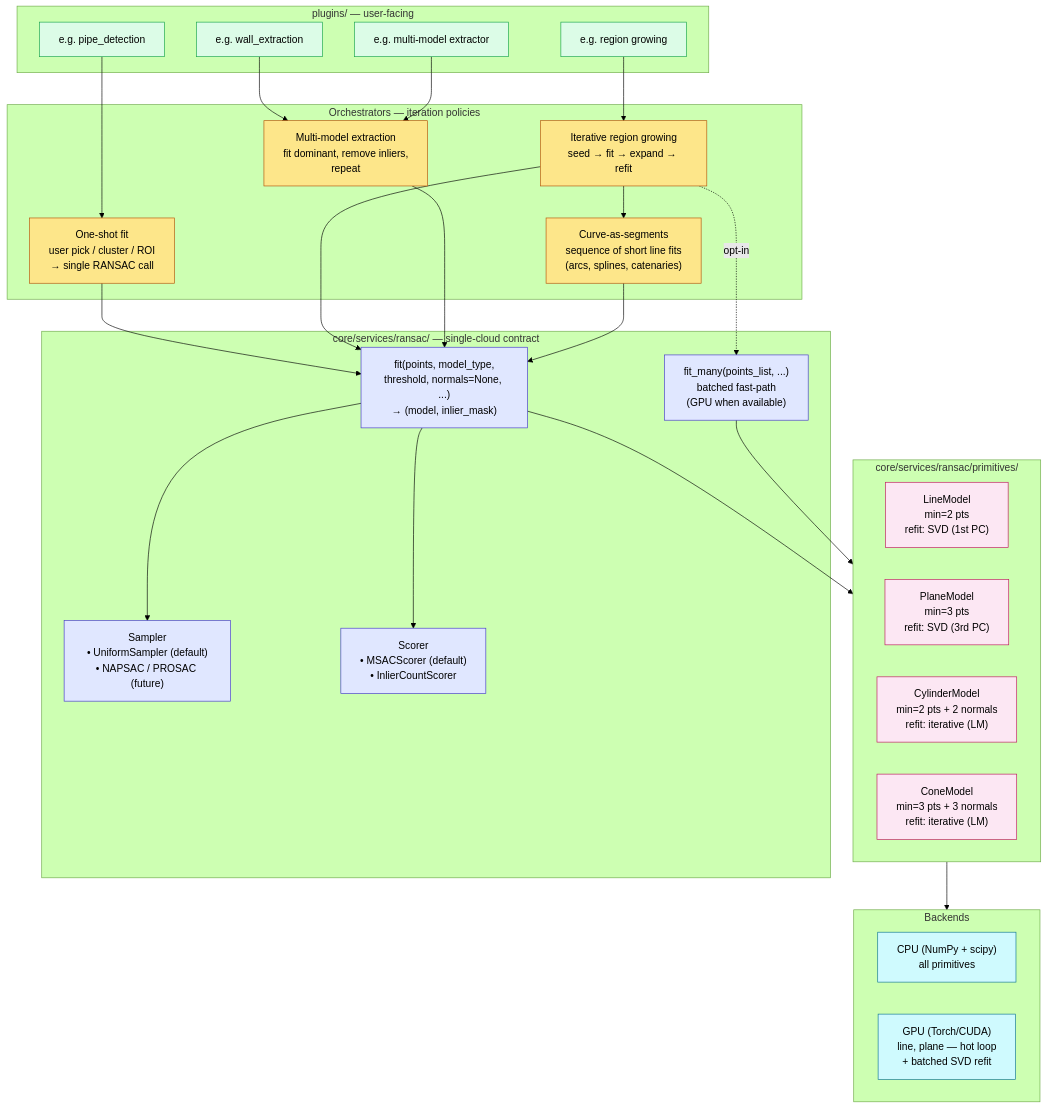
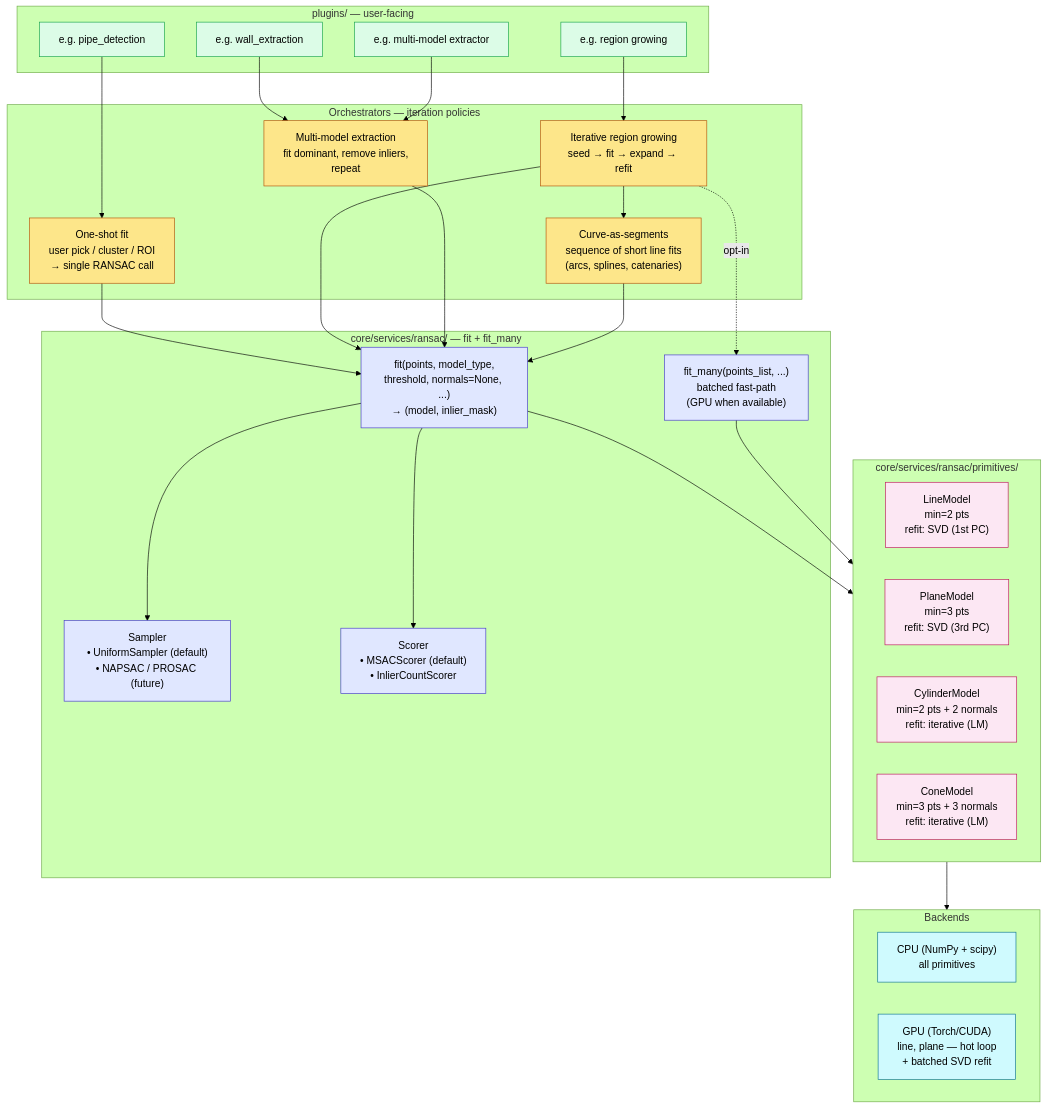
One commit to Sepehr-Sobhani-AU/SPCToolkit changed the diagram in core/services/RANSAC.md. Above: the diagram before and after it, drawn with Mermaid (forest theme). The commit also changed other lines of this file, not shown here.

First line of the commit message:
Polish RANSAC.md: add Example, Failure semantics, primitive how-to

````diff
--- a/core/services/RANSAC.md
+++ b/core/services/RANSAC.md
@@ -11,65 +11,65 @@
 ```mermaid
 graph TB
     subgraph Plugins["plugins/ — user-facing"]
         P1["e.g. pipe_detection"]
         P2["e.g. wall_extraction"]
         P3["e.g. region growing"]
         P4["e.g. multi-model extractor"]
     end
 
     subgraph Orch["Orchestrators — iteration policies"]
         ONESHOT["One-shot fit<br/>user pick / cluster / ROI<br/>→ single RANSAC call"]
         GROW["Iterative region growing<br/>seed → fit → expand → refit"]
         MULTI["Multi-model extraction<br/>fit dominant, remove inliers,<br/>repeat"]
         CURVE["Curve-as-segments<br/>sequence of short line fits<br/>(arcs, splines, catenaries)"]
     end
 
-    subgraph Engine["core/services/ransac/ — single-cloud contract"]
+    subgraph Engine["core/services/ransac/ — fit + fit_many"]
         FIT["fit(points, model_type,<br/>threshold, normals=None, ...)<br/>→ (model, inlier_mask)"]
         FITMANY["fit_many(points_list, ...)<br/>batched fast-path<br/>(GPU when available)"]
         SAMPLER["Sampler<br/>• UniformSampler (default)<br/>• NAPSAC / PROSAC (future)"]
         SCORER["Scorer<br/>• MSACScorer (default)<br/>• InlierCountScorer"]
     end
 
     subgraph Primitives["core/services/ransac/primitives/"]
         LINE["LineModel<br/>min=2 pts<br/>refit: SVD (1st PC)"]
         PLANE["PlaneModel<br/>min=3 pts<br/>refit: SVD (3rd PC)"]
         CYL["CylinderModel<br/>min=2 pts + 2 normals<br/>refit: iterative (LM)"]
         CONE["ConeModel<br/>min=3 pts + 3 normals<br/>refit: iterative (LM)"]
     end
 
     subgraph Backends["Backends"]
         CPU["CPU (NumPy + scipy)<br/>all primitives"]
         GPU["GPU (Torch/CUDA)<br/>line, plane — hot loop<br/>+ batched SVD refit"]
     end
 
     P1 --> ONESHOT
     P2 --> MULTI
     P3 --> GROW
     P4 --> MULTI
     GROW --> CURVE
 
     ONESHOT --> FIT
     GROW --> FIT
     MULTI --> FIT
     CURVE --> FIT
     GROW -.opt-in.-> FITMANY
 
     FIT --> SAMPLER
     FIT --> SCORER
     FIT --> Primitives
     FITMANY --> Primitives
     Primitives --> Backends
 
     classDef plugin fill:#dcfce7,stroke:#16a34a,color:#000
     classDef orch fill:#fde68a,stroke:#b45309,color:#000
     classDef engine fill:#e0e7ff,stroke:#4338ca,color:#000
     classDef model fill:#fce7f3,stroke:#be185d,color:#000
     classDef backend fill:#cffafe,stroke:#0e7490,color:#000
 
     class P1,P2,P3,P4 plugin
     class ONESHOT,GROW,MULTI,CURVE orch
     class FIT,FITMANY,SAMPLER,SCORER engine
     class LINE,PLANE,CYL,CONE model
     class CPU,GPU backend
 ```
````
